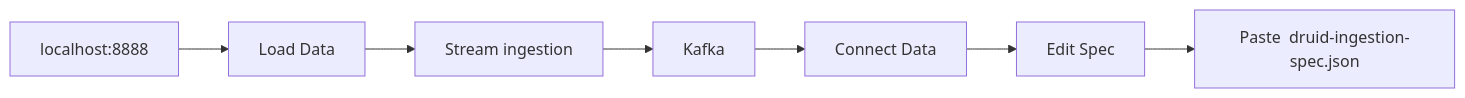
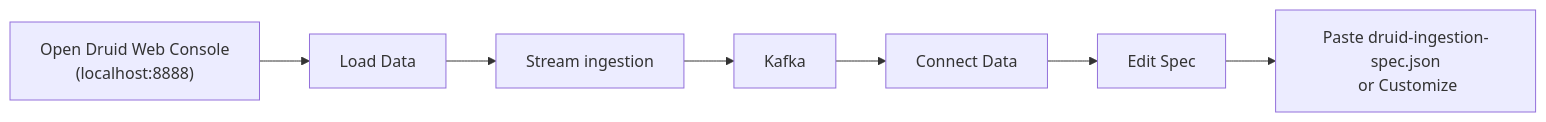
The third of 3 diagrams in README.md (Jayesh2026/druid-cluster-demo), drawn with Mermaid before and after one commit. The commit also changed other lines of this file, not shown here.

````diff
--- a/README.md
+++ b/README.md
@@ -477,9 +487,9 @@
    ```mermaid
    graph LR
-   A[localhost:8888] --> B[Load Data]
+   A["Open Druid Web Console<br> (localhost:8888)"] --> B[Load Data]
    B --> C[Stream ingestion]
    C --> D[Kafka]
    D --> E[Connect Data]
    E --> F[Edit Spec]
-   F --> G[Paste  druid-ingestion-spec.json]
+   F --> G[Paste druid-ingestion-spec.json<br> or Customize]
    ```
````
